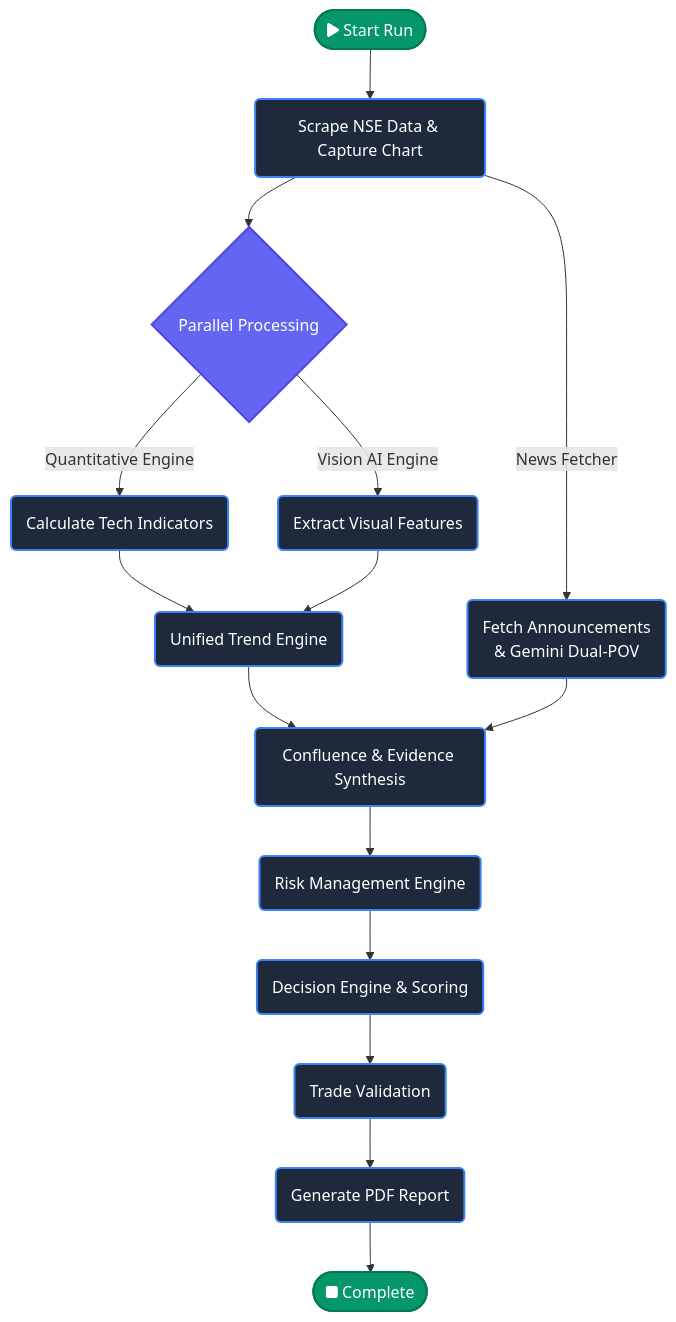
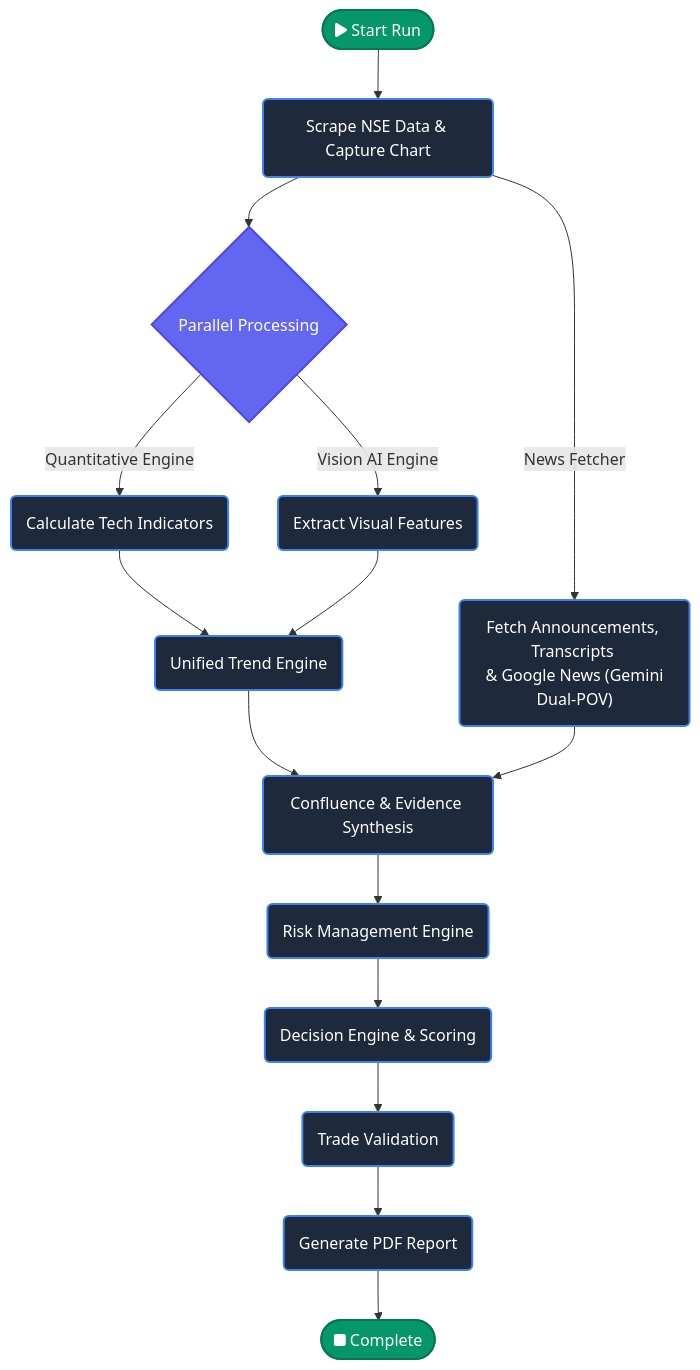
One commit to rushabhkhandhar/VisuQuant changed the diagram in README.md. Above: the diagram before and after it, drawn with Mermaid. The commit also changed other lines of this file, not shown here.

````diff
--- a/README.md
+++ b/README.md
@@ -13,27 +13,27 @@
 ```mermaid
 graph TD
     %% Main Pipeline
     Start([fa:fa-play Start Run]) --> A(Scrape NSE Data & Capture Chart)
     A --> B{Parallel Processing}
     B -->|Quantitative Engine| C(Calculate Tech Indicators)
     B -->|Vision AI Engine| D(Extract Visual Features)
     C --> E(Unified Trend Engine)
     D --> E
     E --> F(Confluence & Evidence Synthesis)
-    A -->|News Fetcher| News("Fetch Announcements <br> & Gemini Dual-POV")
+    A -->|News Fetcher| News("Fetch Announcements, Transcripts <br> & Google News (Gemini Dual-POV)")
     News --> F
     F --> G(Risk Management Engine)
     G --> H(Decision Engine & Scoring)
     H --> I(Trade Validation)
     I --> J(Generate PDF Report)
     J --> End([fa:fa-stop Complete])
 
     %% Styling
     classDef node fill:#1e293b,stroke:#3b82f6,stroke-width:2px,color:#fff;
     classDef startend fill:#059669,stroke:#047857,stroke-width:2px,color:#fff;
     classDef parallel fill:#6366f1,stroke:#4f46e5,stroke-width:2px,color:#fff;
     
     class A,C,D,E,F,G,H,I,J node;
     class Start,End startend;
     class B parallel;
 ```
````
